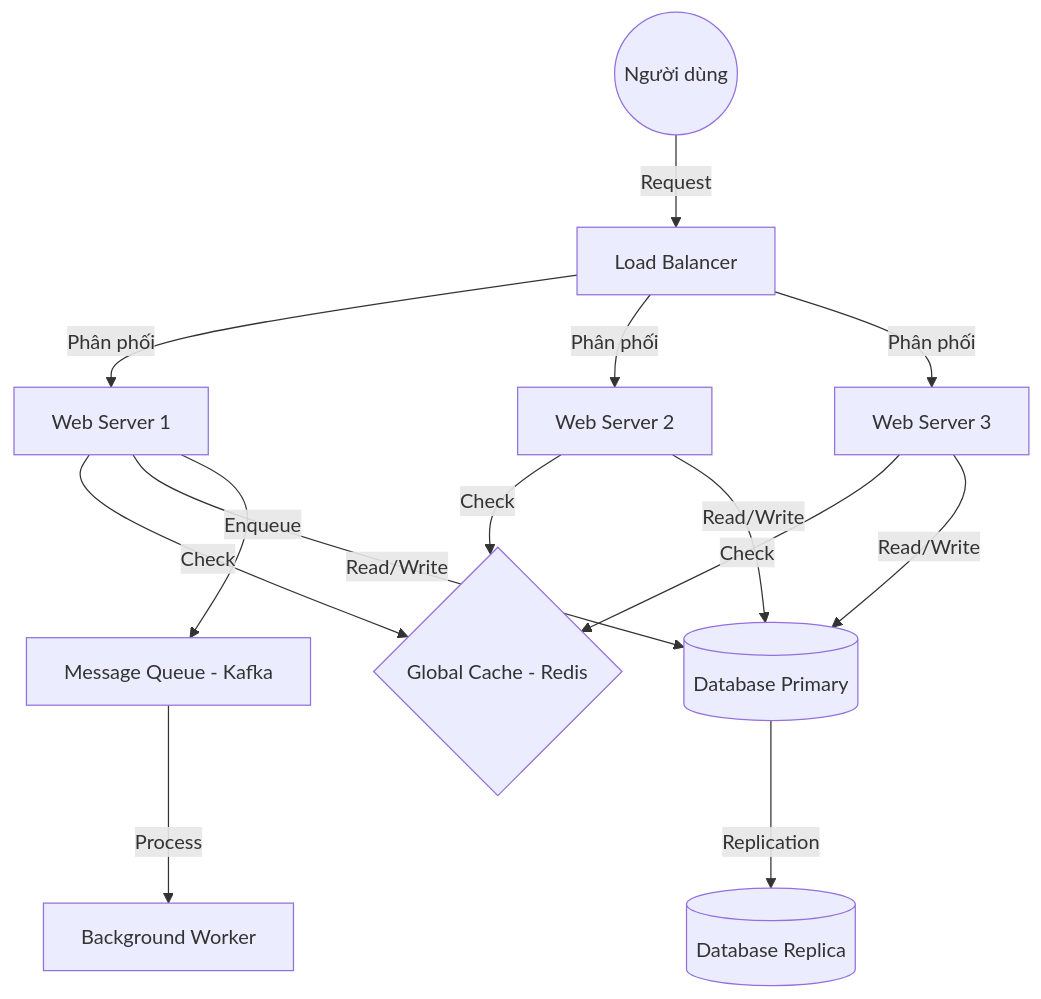
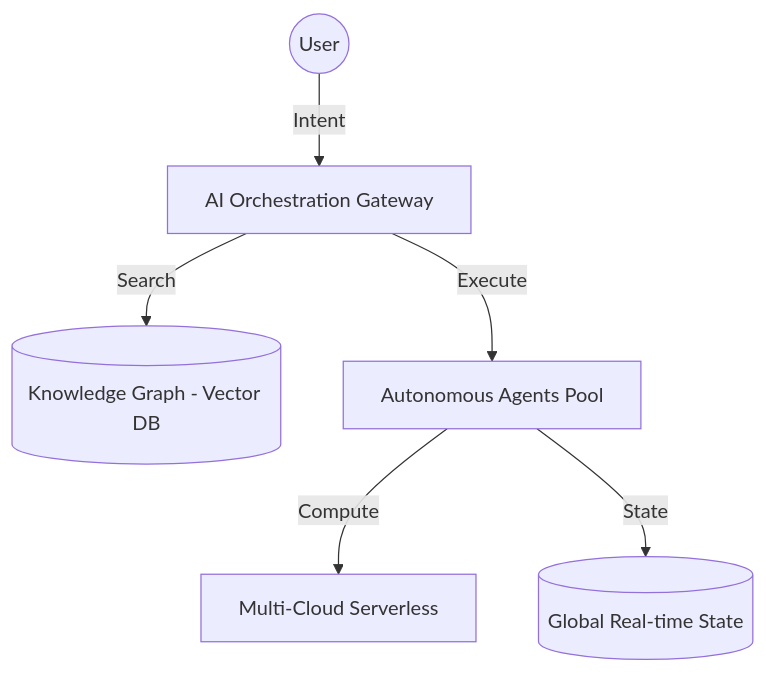
One commit to bakaryuu1997-sys/Sensei-Hub changed the diagram in lessons/vi/system-design-master/phase-01-foundations/day-01/lesson.md. Above: the diagram before and after it, drawn with Mermaid. The commit also changed other lines of this file and 657 other files, not shown here.

````diff
--- a/lessons/vi/system-design-master/phase-01-foundations/day-01/lesson.md
+++ b/lessons/vi/system-design-master/phase-01-foundations/day-01/lesson.md
@@ -63,20 +62,8 @@
 ```mermaid
 graph TD
-    User((Người dùng)) -->|Request| LB[Load Balancer]
-    LB -->|Phân phối| WS1[Web Server 1]
-    LB -->|Phân phối| WS2[Web Server 2]
-    LB -->|Phân phối| WS3[Web Server 3]
-    
-    WS1 -->|Check| Cache{Global Cache - Redis}
-    WS2 -->|Check| Cache
-    WS3 -->|Check| Cache
-    
-    WS1 -->|Read/Write| DB[(Database Primary)]
-    WS2 -->|Read/Write| DB
-    WS3 -->|Read/Write| DB
-    
-    DB -->|Replication| RDS[(Database Replica)]
-    
-    WS1 -->|Enqueue| MQ[Message Queue - Kafka]
-    MQ -->|Process| Worker[Background Worker]
+    User((User)) -->|Intent| AI_Gateway[AI Orchestration Gateway]
+    AI_Gateway -->|Search| KG[(Knowledge Graph - Vector DB)]
+    AI_Gateway -->|Execute| Agents[Autonomous Agents Pool]
+    Agents -->|Compute| Serverless[Multi-Cloud Serverless]
+    Agents -->|State| Global_State[(Global Real-time State)]
 ```
````
